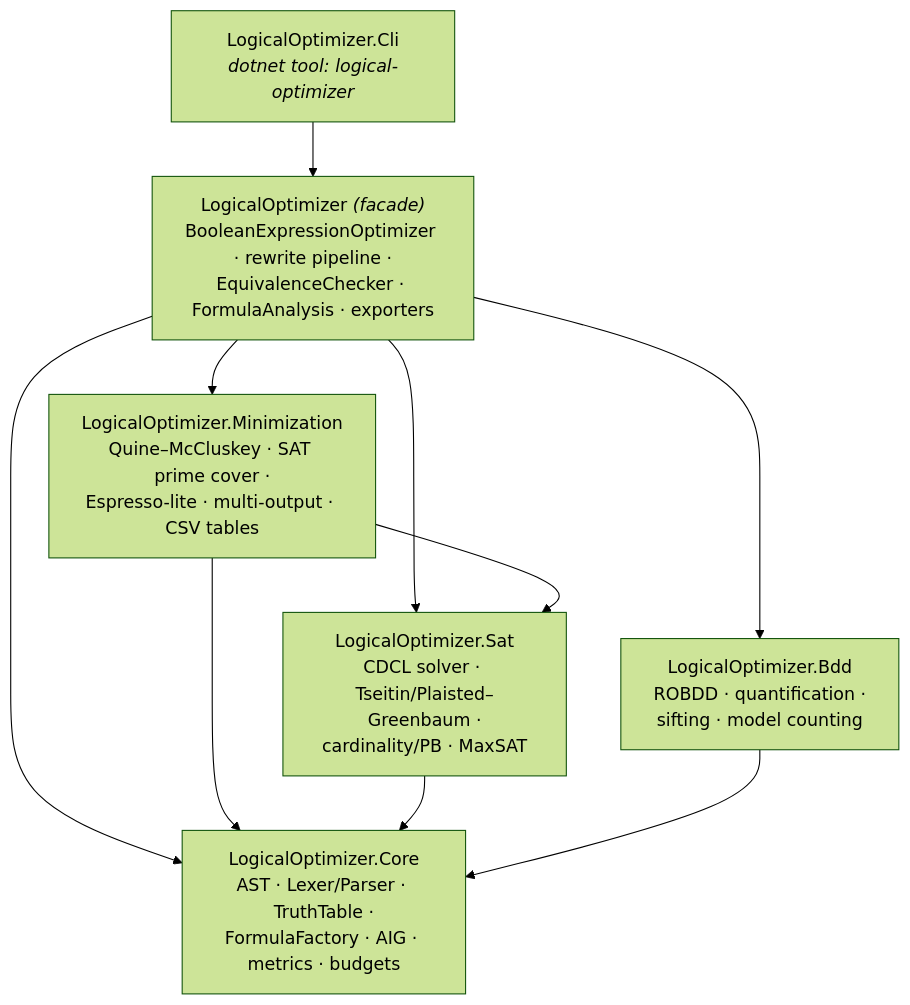
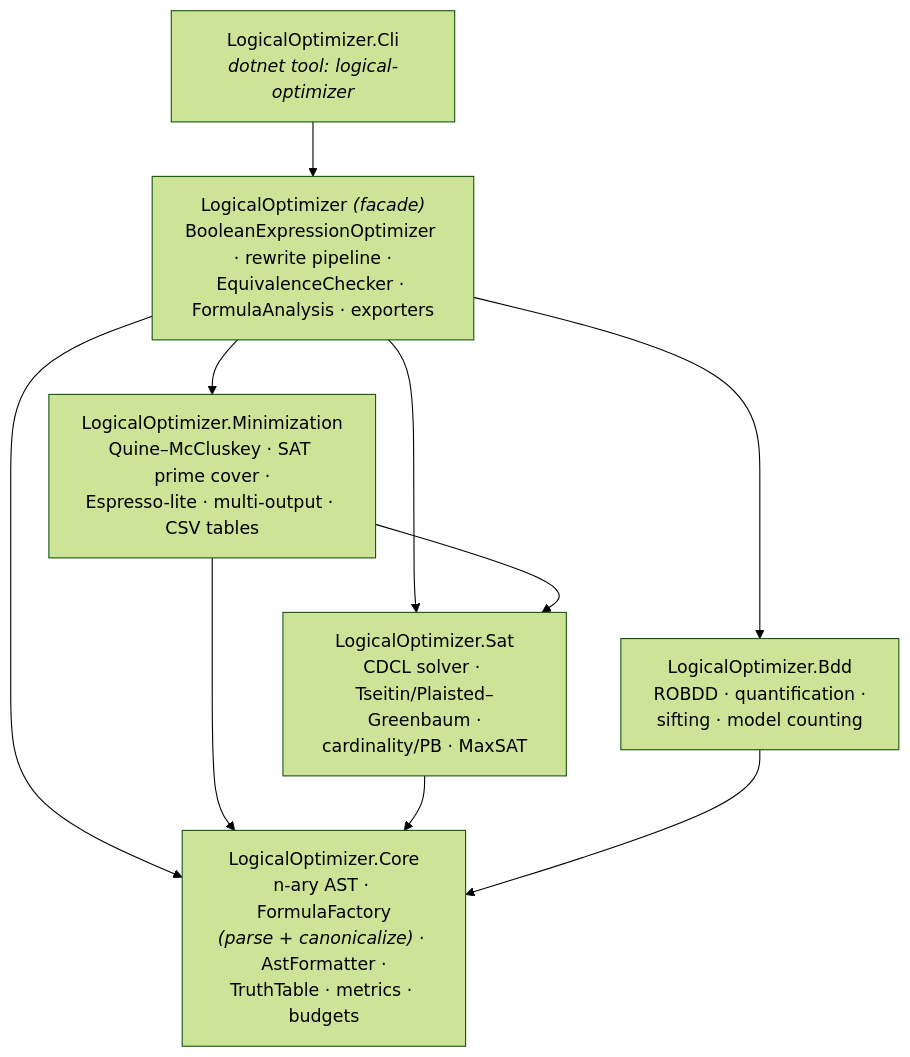
One commit to AlexanderV/LogicalOptimizer changed the first of 4 diagrams in README.md. Above: the diagram before and after it, drawn with Mermaid (forest theme). The commit also changed other lines of this file and 122 other files, not shown here.

````diff
--- a/README.md
+++ b/README.md
@@ -353,19 +374,19 @@
 ```mermaid
 graph TD
     CLI["LogicalOptimizer.Cli<br/><i>dotnet tool: logical-optimizer</i>"]
     Facade["LogicalOptimizer <i>(facade)</i><br/>BooleanExpressionOptimizer · rewrite pipeline ·<br/>EquivalenceChecker · FormulaAnalysis · exporters"]
     Min["LogicalOptimizer.Minimization<br/>Quine–McCluskey · SAT prime cover ·<br/>Espresso-lite · multi-output · CSV tables"]
     Sat["LogicalOptimizer.Sat<br/>CDCL solver · Tseitin/Plaisted–Greenbaum ·<br/>cardinality/PB · MaxSAT"]
     Bdd["LogicalOptimizer.Bdd<br/>ROBDD · quantification ·<br/>sifting · model counting"]
-    Core["LogicalOptimizer.Core<br/>AST · Lexer/Parser · TruthTable ·<br/>FormulaFactory · AIG · metrics · budgets"]
+    Core["LogicalOptimizer.Core<br/>n-ary AST · FormulaFactory<br/><i>(parse + canonicalize)</i> · AstFormatter ·<br/>TruthTable · metrics · budgets"]
 
     CLI --> Facade
     Facade --> Min
     Facade --> Sat
     Facade --> Bdd
     Facade --> Core
     Min --> Sat
     Min --> Core
     Sat --> Core
     Bdd --> Core
 ```
````
